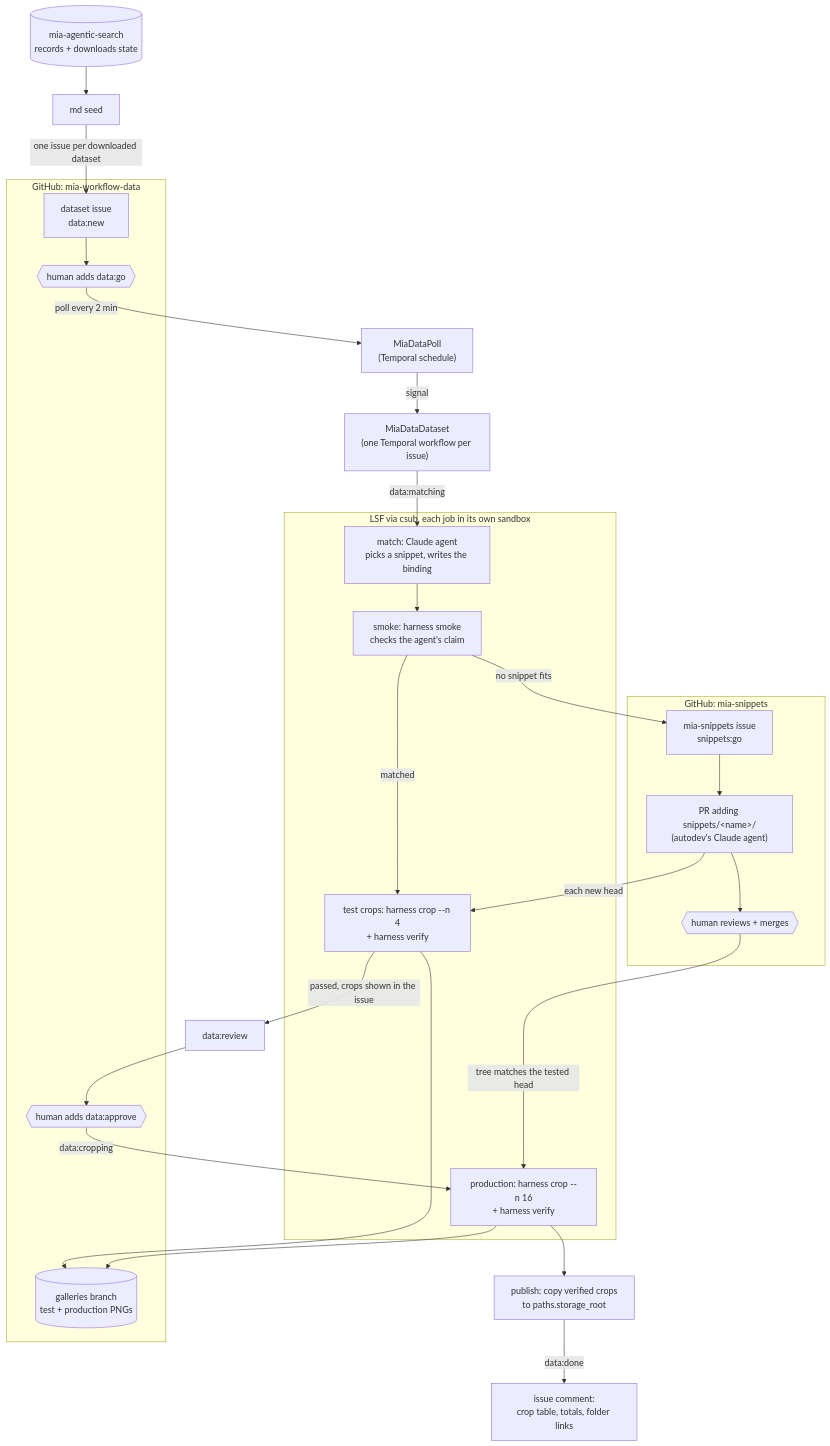
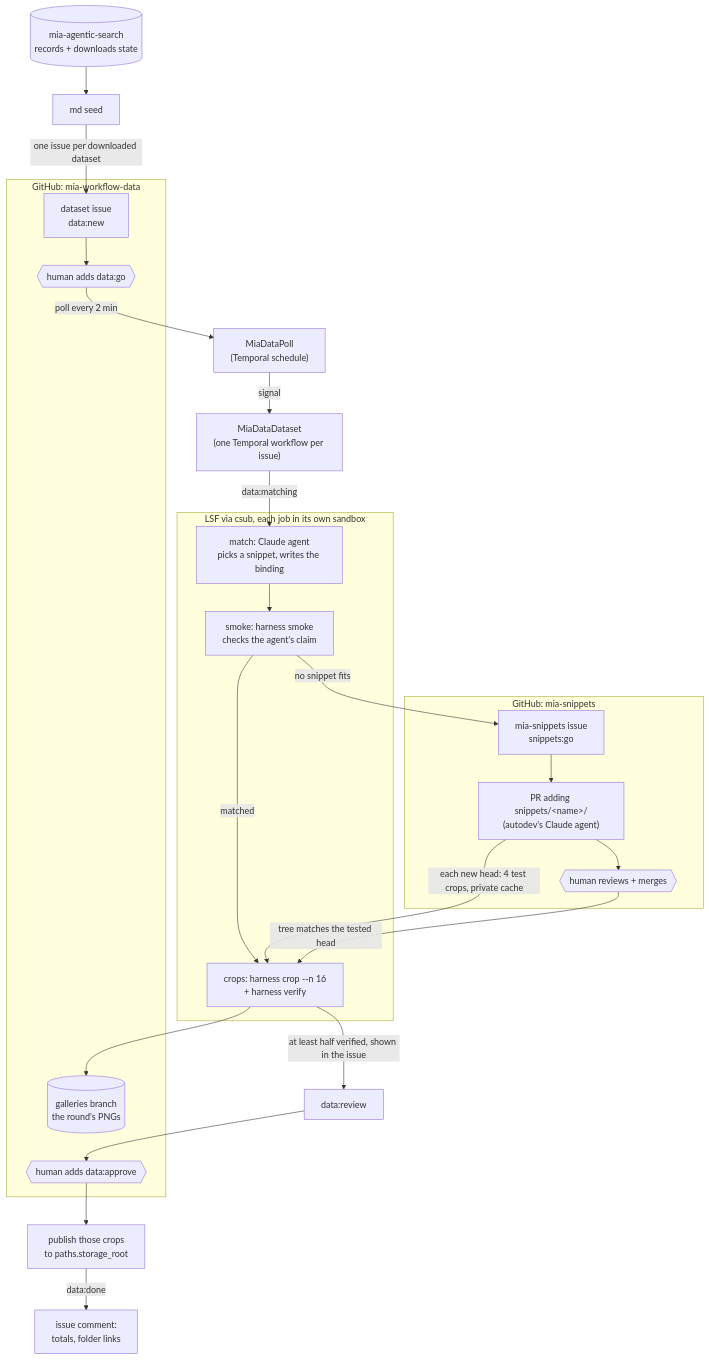
The diagram in docs/mia-data-workflow.md (JaneliaSciComp/mia-workflow-prototype), drawn with Mermaid before and after one commit. The commit also changed other lines of this file and 8 other files, not shown here.

First line of the commit message:
milestone I: one crop set per round, validated, then published (spec §13)

````diff
--- a/docs/mia-data-workflow.md
+++ b/docs/mia-data-workflow.md
@@ -7,46 +7,43 @@
 ```mermaid
 flowchart TD
     catalog[("mia-agentic-search<br/>records + downloads state")]
     seed["md seed"] -->|one issue per downloaded dataset| issue
     catalog --> seed
 
     subgraph gh["GitHub: mia-workflow-data"]
         issue["dataset issue<br/>data:new"]
         go{{"human adds data:go"}}
         approve{{"human adds data:approve"}}
-        gallery[("galleries branch<br/>test + production PNGs")]
+        gallery[("galleries branch<br/>the round's PNGs")]
     end
 
     issue --> go
     go -->|poll every 2 min| poll["MiaDataPoll<br/>(Temporal schedule)"]
     poll -->|signal| wf["MiaDataDataset<br/>(one Temporal workflow per issue)"]
 
     subgraph cluster["LSF via csub, each job in its own sandbox"]
         match["match: Claude agent<br/>picks a snippet, writes the binding"]
         smoke["smoke: harness smoke<br/>checks the agent's claim"]
-        tcrop["test crops: harness crop --n 4<br/>+ harness verify"]
-        pcrop["production: harness crop --n 16<br/>+ harness verify"]
+        tcrop["crops: harness crop --n 16<br/>+ harness verify"]
     end
 
     wf -->|data:matching| match --> smoke
     smoke -->|matched| tcrop
     smoke -->|no snippet fits| dev
-    tcrop -->|passed, crops shown in the issue| review["data:review"]
+    tcrop -->|at least half verified, shown in the issue| review["data:review"]
     tcrop --> gallery
     review --> approve
-    approve -->|data:cropping| pcrop
-    pcrop --> publish["publish: copy verified crops<br/>to paths.storage_root"]
-    pcrop --> gallery
-    publish -->|data:done| done["issue comment:<br/>crop table, totals, folder links"]
+    approve --> publish["publish those crops<br/>to paths.storage_root"]
+    publish -->|data:done| done["issue comment:<br/>totals, folder links"]
 
     subgraph snippets["GitHub: mia-snippets"]
         dev["mia-snippets issue<br/>snippets:go"]
         pr["PR adding snippets/&lt;name&gt;/<br/>(autodev's Claude agent)"]
         merge{{"human reviews + merges"}}
     end
 
     dev --> pr
-    pr -->|each new head| tcrop
+    pr -->|each new head: 4 test crops, private cache| tcrop
     pr --> merge
-    merge -->|tree matches the tested head| pcrop
+    merge -->|tree matches the tested head| tcrop
 ```
````
